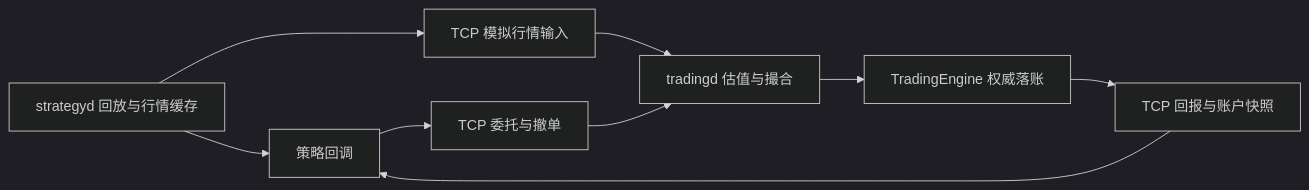
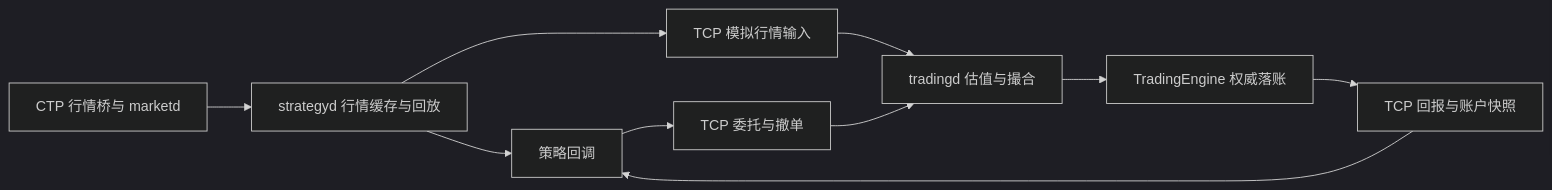
Before and after one commit to yizhenfei/yquant: the diagram in docs/design/domestic-futures.md, drawn with Mermaid (dark theme). The commit also changed other lines of this file and 54 other files, not shown here.

````diff
--- a/docs/design/domestic-futures.md
+++ b/docs/design/domestic-futures.md
@@ -9,11 +12,12 @@
 ```mermaid
 flowchart LR
-    REPLAY[strategyd 回放与行情缓存] --> STRATEGY[策略回调]
+    CTP[CTP 行情桥与 marketd] --> REPLAY[strategyd 行情缓存与回放]
+    REPLAY --> STRATEGY[策略回调]
     REPLAY --> QUOTE[TCP 模拟行情输入]
     STRATEGY --> REQUEST[TCP 委托与撤单]
     QUOTE --> GATEWAY[tradingd 估值与撮合]
     REQUEST --> GATEWAY
     GATEWAY --> ENGINE[TradingEngine 权威落账]
     ENGINE --> REPORT[TCP 回报与账户快照]
     REPORT --> STRATEGY
 ```
````
